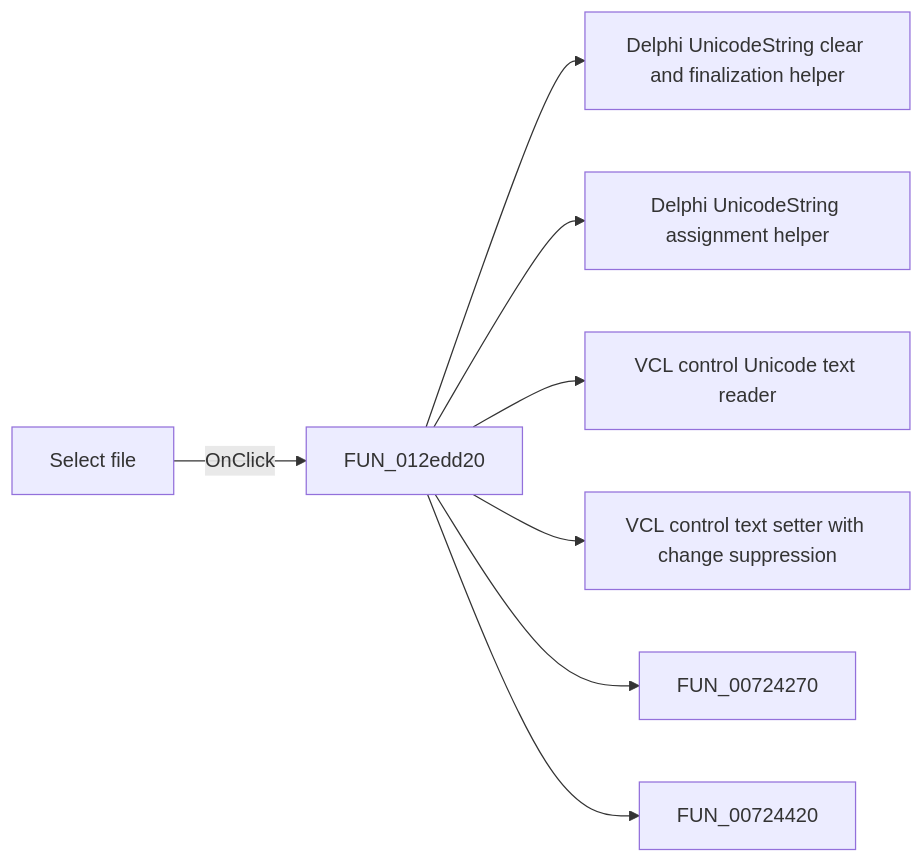
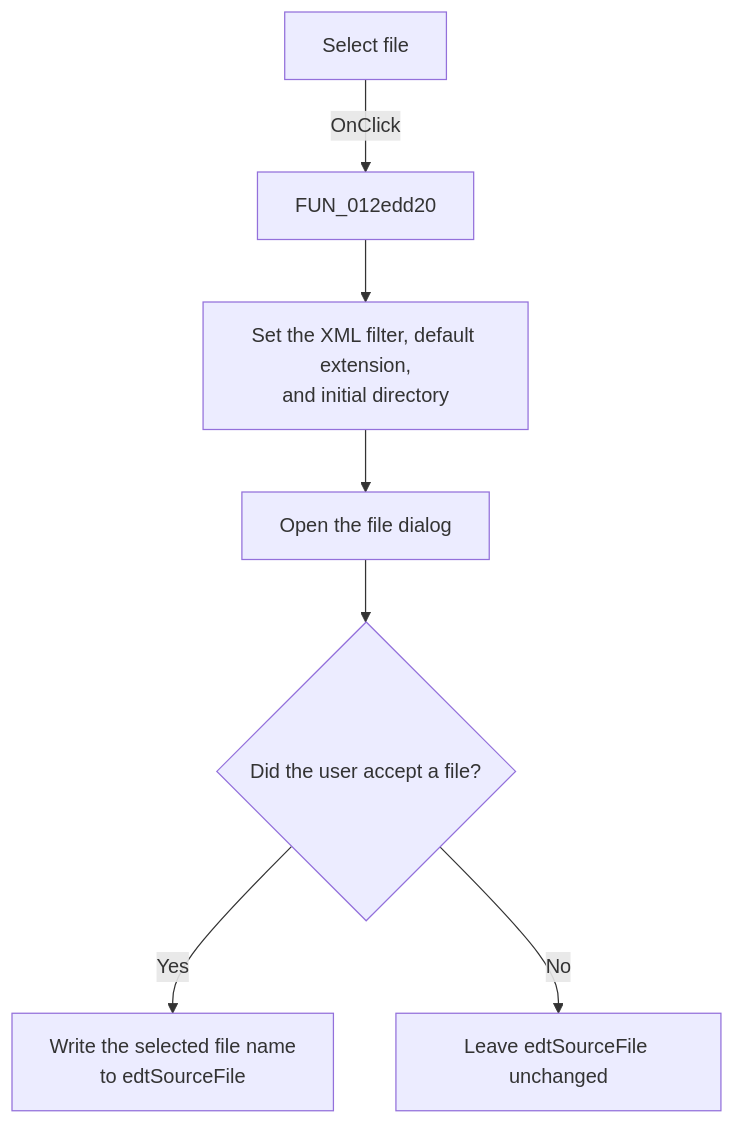
Before and after one commit to MovGP0/TIARA: the diagram in docs/ui-controls/modreplicationfile/btnsourcefolder-42e56c15ac.md, drawn with Mermaid. The commit also changed other lines of this file and 1062 other files, not shown here.

````diff
--- a/docs/ui-controls/modreplicationfile/btnsourcefolder-42e56c15ac.md
+++ b/docs/ui-controls/modreplicationfile/btnsourcefolder-42e56c15ac.md
@@ -27,10 +31,9 @@
 ```mermaid
-flowchart LR
+flowchart TD
     control["Select file"] -->|OnClick| handler["FUN_012edd20"]
-    handler --> call1["Delphi UnicodeString clear and finalization helper"]
-    handler --> call2["Delphi UnicodeString assignment helper"]
-    handler --> call3["VCL control Unicode text reader"]
-    handler --> call4["VCL control text setter with change suppression"]
-    handler --> call5["FUN_00724270"]
-    handler --> call6["FUN_00724420"]
+    handler --> configure["Set the XML filter, default extension,<br/>and initial directory"]
+    configure --> dialog["Open the file dialog"]
+    dialog --> accepted{"Did the user accept a file?"}
+    accepted -->|Yes| update["Write the selected file name<br/>to edtSourceFile"]
+    accepted -->|No| unchanged["Leave edtSourceFile unchanged"]
 ```
````
